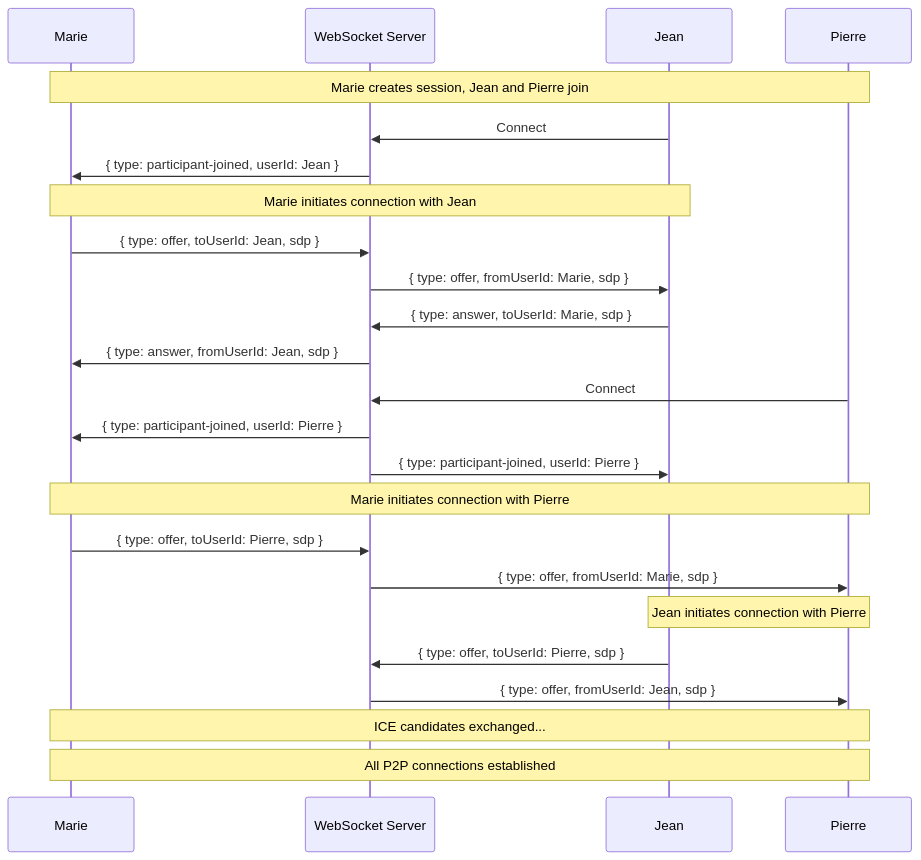
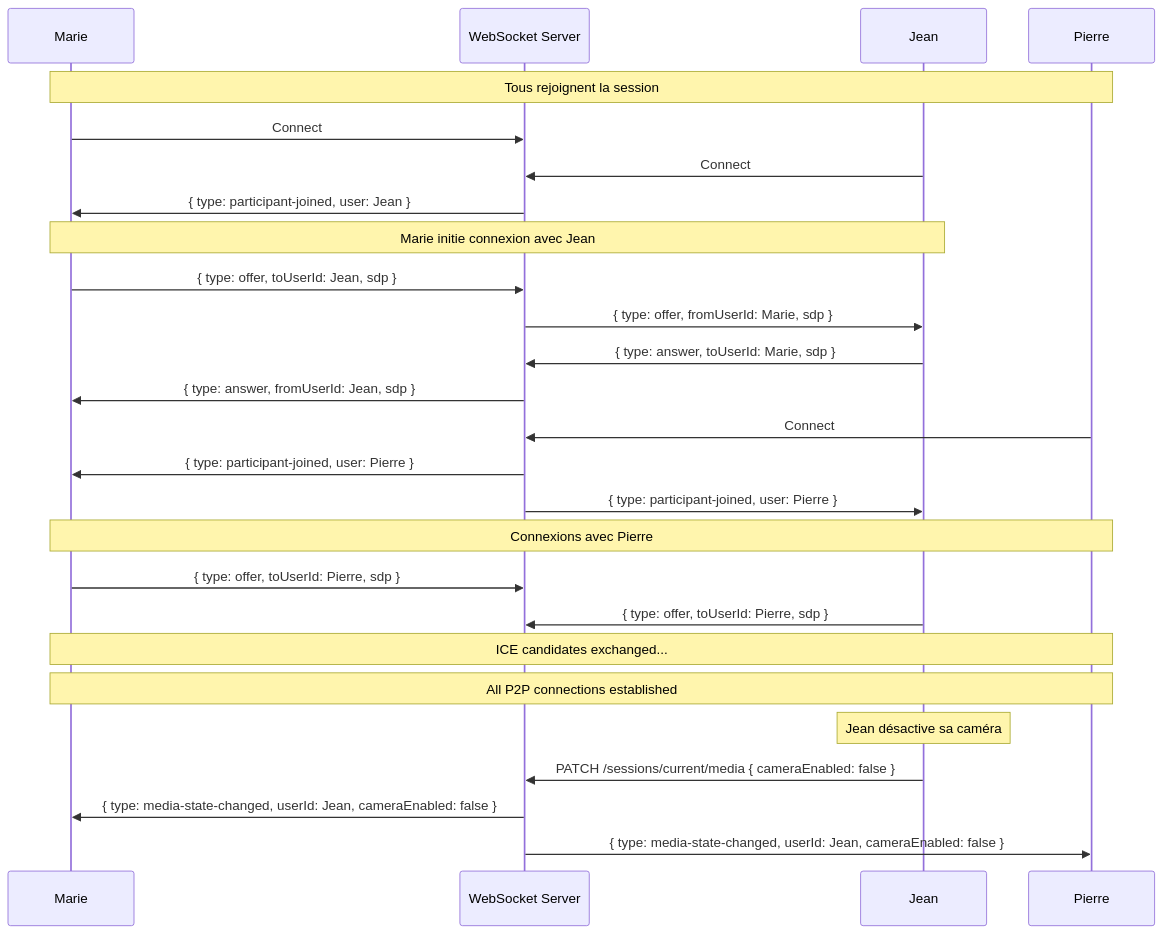
The third of 6 diagrams in 03-conversation-service/DIAGRAMS.md (we-speak-org/wespeak-specifications), drawn with Mermaid before and after one commit. The commit also changed other lines of this file and 15 other files, not shown here.

````diff
--- a/03-conversation-service/DIAGRAMS.md
+++ b/03-conversation-service/DIAGRAMS.md
@@ -145,33 +118,35 @@
 ```mermaid
 sequenceDiagram
     participant U1 as Marie
     participant WS as WebSocket Server
     participant U2 as Jean
     participant U3 as Pierre
 
-    Note over U1,U3: Marie creates session, Jean and Pierre join
+    Note over U1,U3: Tous rejoignent la session
 
+    U1->>WS: Connect
     U2->>WS: Connect
-    WS->>U1: { type: participant-joined, userId: Jean }
+    WS->>U1: { type: participant-joined, user: Jean }
     
-    Note over U1,U2: Marie initiates connection with Jean
+    Note over U1,U2: Marie initie connexion avec Jean
     U1->>WS: { type: offer, toUserId: Jean, sdp }
     WS->>U2: { type: offer, fromUserId: Marie, sdp }
     U2->>WS: { type: answer, toUserId: Marie, sdp }
     WS->>U1: { type: answer, fromUserId: Jean, sdp }
     
     U3->>WS: Connect
-    WS->>U1: { type: participant-joined, userId: Pierre }
-    WS->>U2: { type: participant-joined, userId: Pierre }
+    WS->>U1: { type: participant-joined, user: Pierre }
+    WS->>U2: { type: participant-joined, user: Pierre }
     
-    Note over U1,U3: Marie initiates connection with Pierre
+    Note over U1,U3: Connexions avec Pierre
     U1->>WS: { type: offer, toUserId: Pierre, sdp }
-    WS->>U3: { type: offer, fromUserId: Marie, sdp }
-    
-    Note over U2,U3: Jean initiates connection with Pierre
     U2->>WS: { type: offer, toUserId: Pierre, sdp }
-    WS->>U3: { type: offer, fromUserId: Jean, sdp }
     
     Note over U1,U3: ICE candidates exchanged...
     Note over U1,U3: All P2P connections established
+    
+    Note over U2: Jean désactive sa caméra
+    U2->>WS: PATCH /sessions/current/media { cameraEnabled: false }
+    WS->>U1: { type: media-state-changed, userId: Jean, cameraEnabled: false }
+    WS->>U3: { type: media-state-changed, userId: Jean, cameraEnabled: false }
 ```
````
